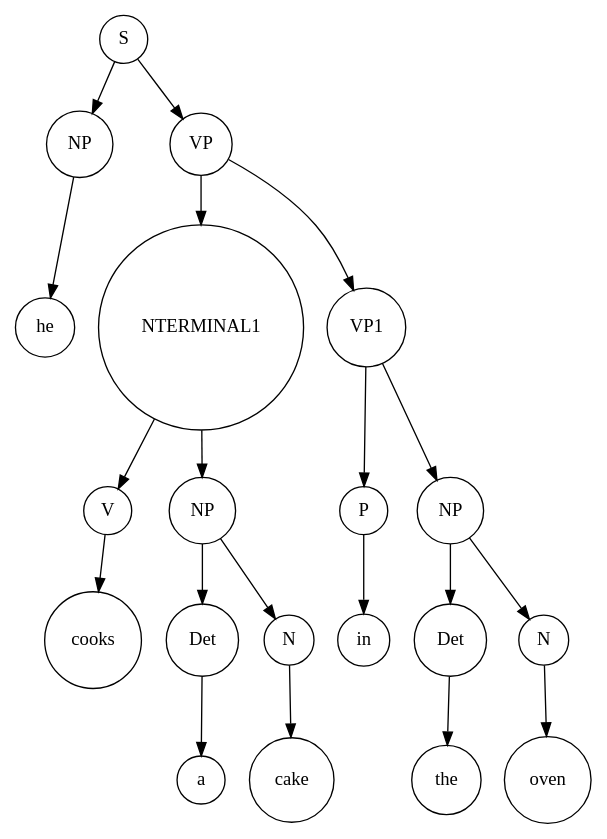
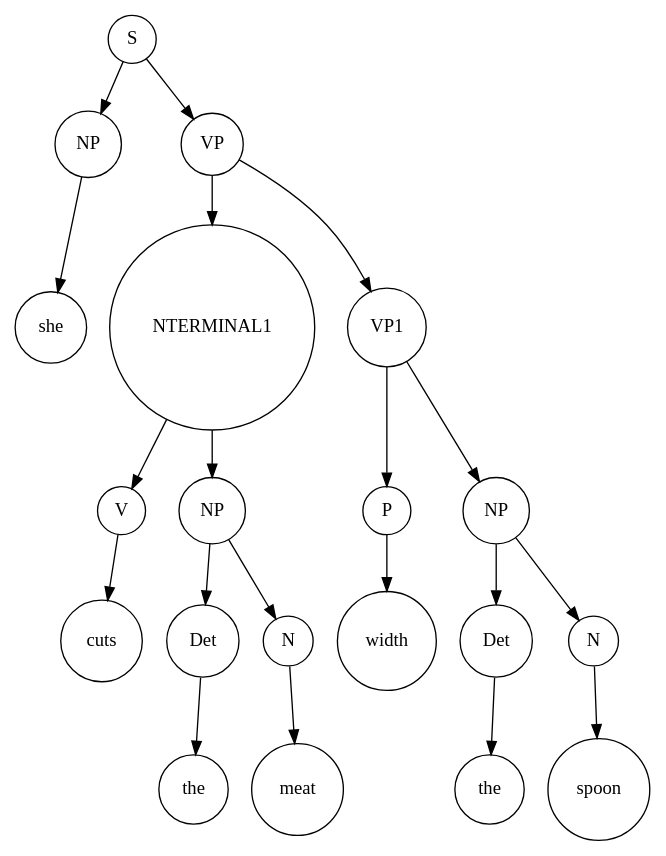
The diagram in parse_tree.dot (DiggsPapu/TeoriaComputacion), drawn with Graphviz before and after one commit. The commit also changed 5 other files, not shown here.

```diff
--- a/parse_tree.dot
+++ b/parse_tree.dot
@@ -1,43 +1,43 @@
 digraph AFD{
 node [shape=circle];
 rankdir=UD;
 S [shape=circle] [label="S"];
 NP [shape=circle] [label="NP"];
-he [shape=circle] [label="he"];
+she [shape=circle] [label="she"];
 VP [shape=circle] [label="VP"];
 NTERMINAL1 [shape=circle] [label="NTERMINAL1"];
 V [shape=circle] [label="V"];
-cooks [shape=circle] [label="cooks"];
+cuts [shape=circle] [label="cuts"];
 NP_2 [shape=circle] [label="NP"];
 Det [shape=circle] [label="Det"];
-a [shape=circle] [label="a"];
+the [shape=circle] [label="the"];
 N [shape=circle] [label="N"];
-cake [shape=circle] [label="cake"];
+meat [shape=circle] [label="meat"];
 VP1 [shape=circle] [label="VP1"];
 P [shape=circle] [label="P"];
-in [shape=circle] [label="in"];
+width [shape=circle] [label="width"];
 NP_3 [shape=circle] [label="NP"];
 Det_2 [shape=circle] [label="Det"];
-the [shape=circle] [label="the"];
+the_2 [shape=circle] [label="the"];
 N_2 [shape=circle] [label="N"];
-oven [shape=circle] [label="oven"];
+spoon [shape=circle] [label="spoon"];
 S->NP;
-NP->he;
+NP->she;
 S->VP;
 VP->NTERMINAL1;
 NTERMINAL1->V;
-V->cooks;
+V->cuts;
 NTERMINAL1->NP_2;
 NP_2->Det;
-Det->a;
+Det->the;
 NP_2->N;
-N->cake;
+N->meat;
 VP->VP1;
 VP1->P;
-P->in;
+P->width;
 VP1->NP_3;
 NP_3->Det_2;
-Det_2->the;
+Det_2->the_2;
 NP_3->N_2;
-N_2->oven;
+N_2->spoon;
 }
```
